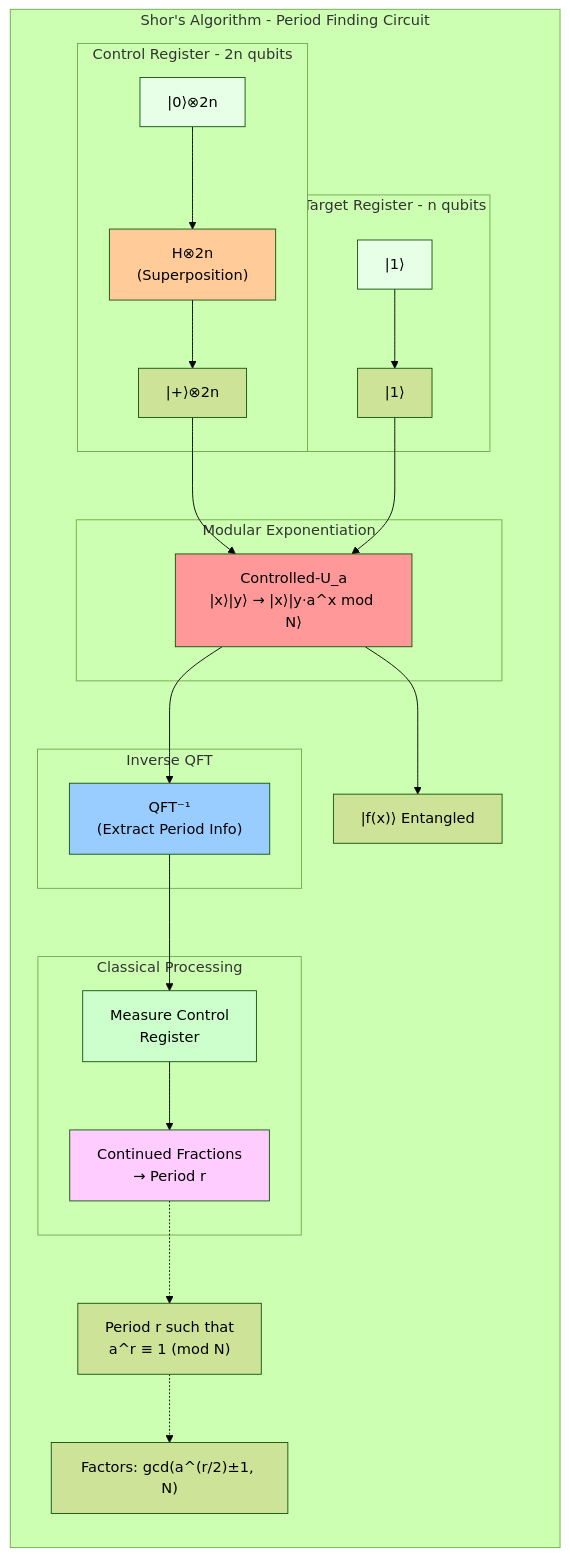
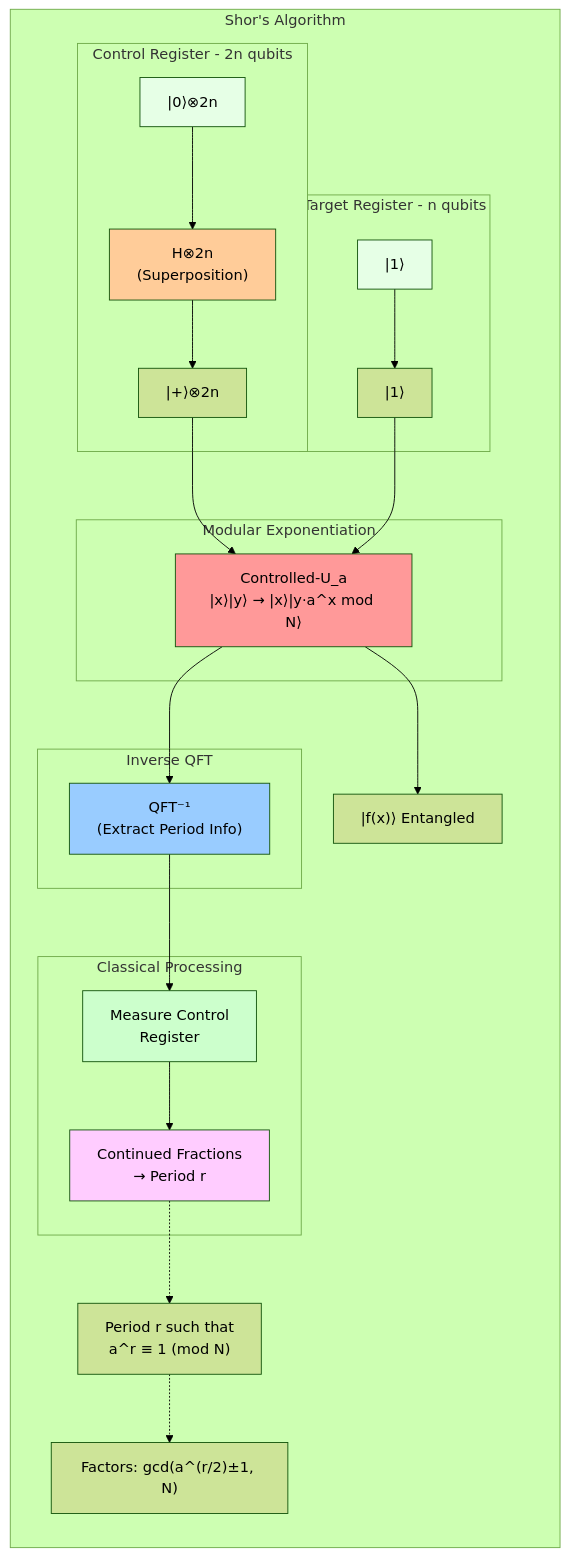
Before and after one commit to 0xReLogic/Chaos: the fourth of 4 diagrams in README.md, drawn with Mermaid (forest theme). The commit also changed other lines of this file, not shown here.

Commit message:
Fix mermaid syntax errors - remove invalid direction statements in subgraphs

````diff
--- a/README.md
+++ b/README.md
@@ -310,52 +310,52 @@
 ```mermaid
 graph LR
-    subgraph Shor_Circuit ["Shor's Algorithm - Period Finding Circuit"]
+    subgraph Shor_Circuit ["Shor's Algorithm"]
         %% Control register initialization
         subgraph Control_Reg ["Control Register - 2n qubits"]
             c_init["|0⟩⊗2n"] --> H_all["H⊗2n<br/>(Superposition)"] --> c_super["|+⟩⊗2n"]
         end
         
         %% Target register initialization  
         subgraph Target_Reg ["Target Register - n qubits"]
             t_init["|1⟩"] --> t_ready["|1⟩"]
         end
         
         %% Modular exponentiation
         subgraph ModExp ["Modular Exponentiation"]
             mod_exp["Controlled-U_a<br/>|x⟩|y⟩ → |x⟩|y·a^x mod N⟩"]
         end
         
         %% Quantum Fourier Transform
         subgraph IQFT_Block ["Inverse QFT"]
             iqft["QFT⁻¹<br/>(Extract Period Info)"]
         end
         
         %% Measurement
         subgraph Classical ["Classical Processing"]
             measure["Measure Control<br/>Register"] --> classical["Continued Fractions<br/>→ Period r"]
         end
         
         %% Flow connections
         c_super --> mod_exp
         t_ready --> mod_exp
         mod_exp --> iqft
         mod_exp --> t_entangled["|f(x)⟩ Entangled"]
         iqft --> measure
         
         %% Annotations
         period_note["Period r such that<br/>a^r ≡ 1 (mod N)"]
         factor_note["Factors: gcd(a^(r/2)±1, N)"]
         
         classical -.-> period_note
         period_note -.-> factor_note
         
         %% Styling
         style H_all fill:#ffcc99
         style mod_exp fill:#ff9999
         style iqft fill:#99ccff
         style measure fill:#ccffcc
         style classical fill:#ffccff
         style c_init fill:#e6ffe6
         style t_init fill:#e6ffe6
     end
 ```
````
